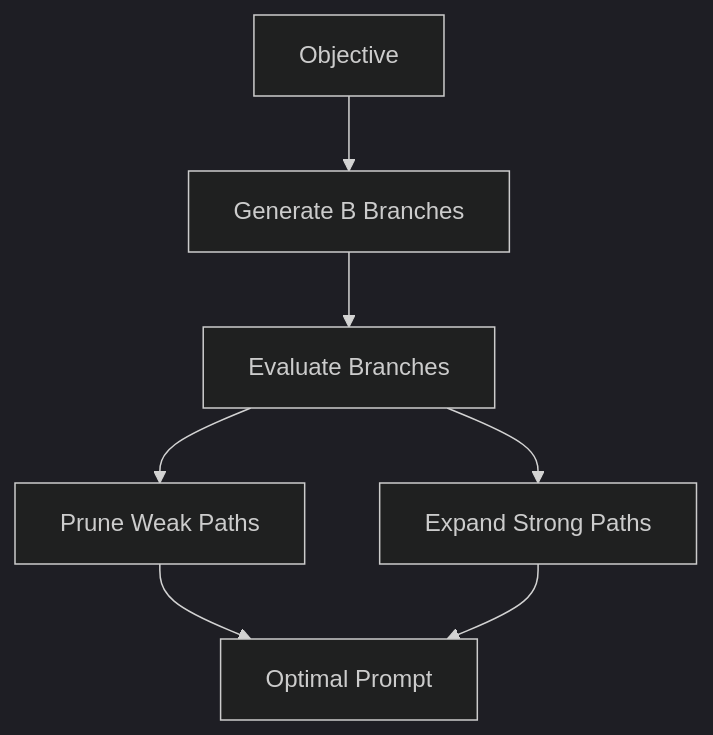
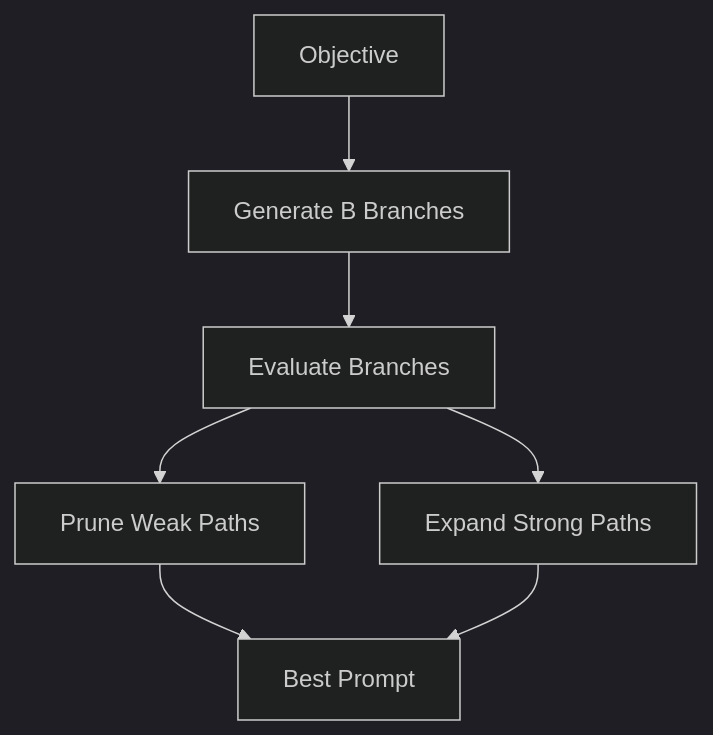
One commit to Hcxgraphics/JailBreak-AI changed the third of 3 diagrams in README.md. Above: the diagram before and after it, drawn with Mermaid (dark theme). The commit also changed other lines of this file, not shown here.

````diff
--- a/README.md
+++ b/README.md
@@ -79,16 +82,16 @@
 ```mermaid
 flowchart TD
     A[Objective]
     B[Generate B Branches]
     C[Evaluate Branches]
     D[Prune Weak Paths]
     E[Expand Strong Paths]
-    F[Optimal Prompt]
-
+    F[Best Prompt]
+ 
     A --> B
     B --> C
     C --> D
     C --> E
     D --> F
     E --> F
 ```
````
